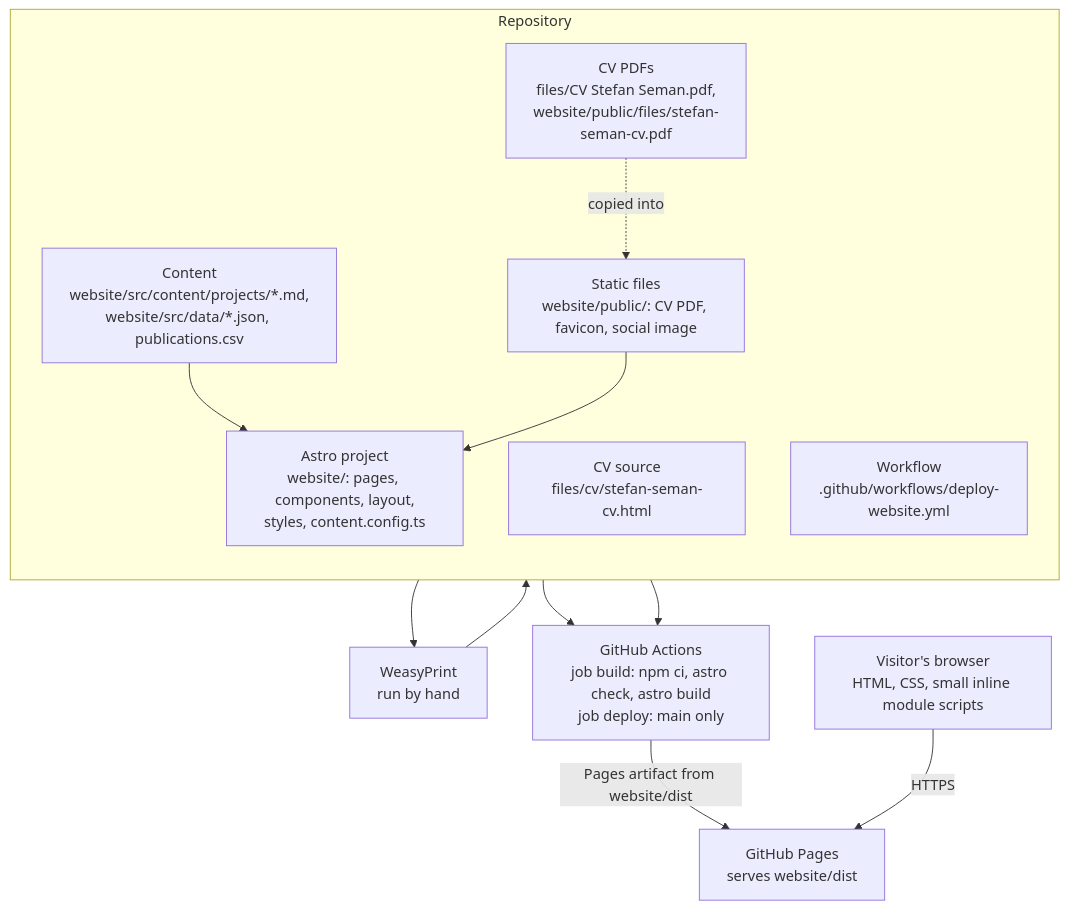
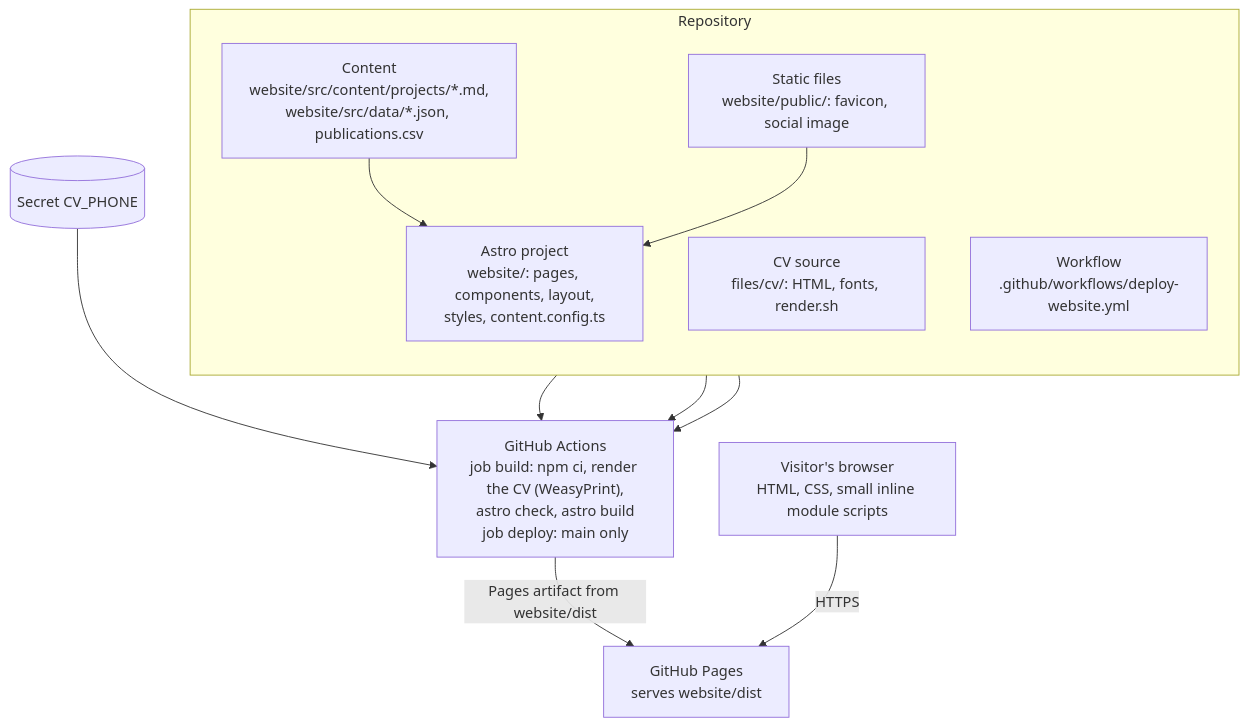
The diagram in docs/diagrams/container.md (ManSe404/webpage), drawn with Mermaid before and after one commit. The commit also changed other lines of this file and 26 other files, not shown here.

First line of the commit message:
feat: render the CV in CI with the phone number from the CV_PHONE secret (#18)

````diff
--- a/docs/diagrams/container.md
+++ b/docs/diagrams/container.md
@@ -6,26 +6,25 @@
 ```mermaid
 flowchart TB
     subgraph repo["Repository"]
         direction TB
         content["Content<br/>website/src/content/projects/*.md,<br/>website/src/data/*.json, publications.csv"]
         astro["Astro project<br/>website/: pages, components, layout,<br/>styles, content.config.ts"]
-        public["Static files<br/>website/public/: CV PDF, favicon, social image"]
-        cvsrc["CV source<br/>files/cv/stefan-seman-cv.html"]
-        cvpdf["CV PDFs<br/>files/CV Stefan Seman.pdf,<br/>website/public/files/stefan-seman-cv.pdf"]
+        public["Static files<br/>website/public/: favicon, social image"]
+        cvsrc["CV source<br/>files/cv/: HTML, fonts, render.sh"]
         workflow["Workflow<br/>.github/workflows/deploy-website.yml"]
     end
 
-    weasy["WeasyPrint<br/>run by hand"]
-    actions["GitHub Actions<br/>job build: npm ci, astro check, astro build<br/>job deploy: main only"]
+    secret[("Secret CV_PHONE")]
+    actions["GitHub Actions<br/>job build: npm ci, render the CV (WeasyPrint),<br/>astro check, astro build<br/>job deploy: main only"]
     pages["GitHub Pages<br/>serves website/dist"]
     browser["Visitor's browser<br/>HTML, CSS, small inline module scripts"]
 
     content --> astro
     public --> astro
-    cvsrc --> weasy --> cvpdf
-    cvpdf -.->|copied into| public
+    cvsrc --> actions
+    secret --> actions
     workflow --> actions
     astro --> actions
     actions -- "Pages artifact from website/dist" --> pages
     browser -- "HTTPS" --> pages
 ```
````
